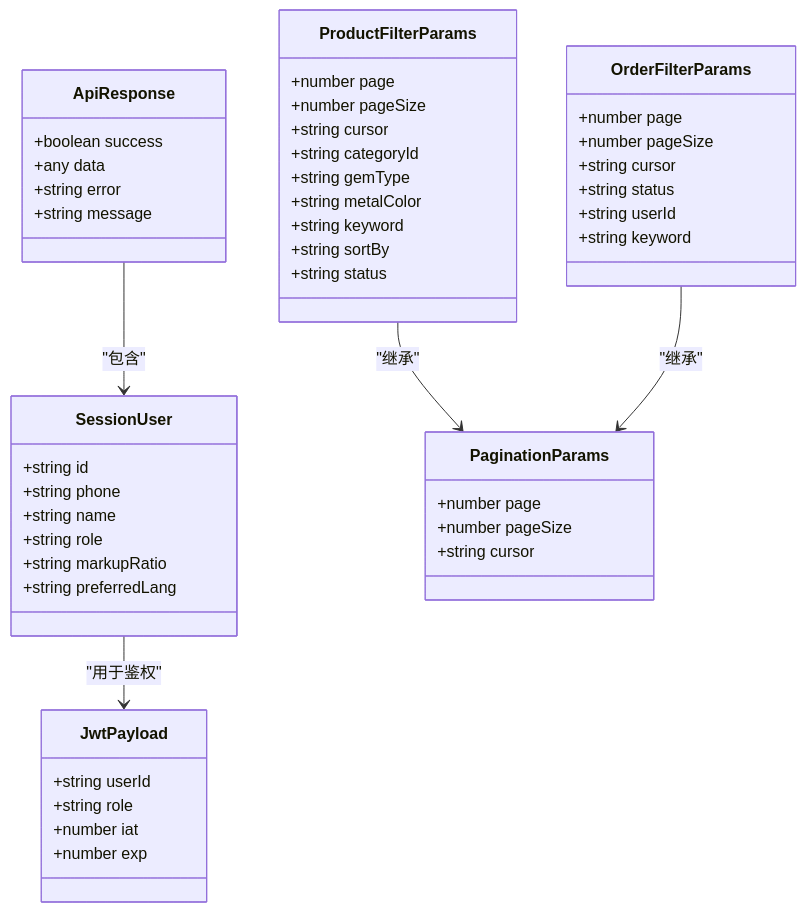
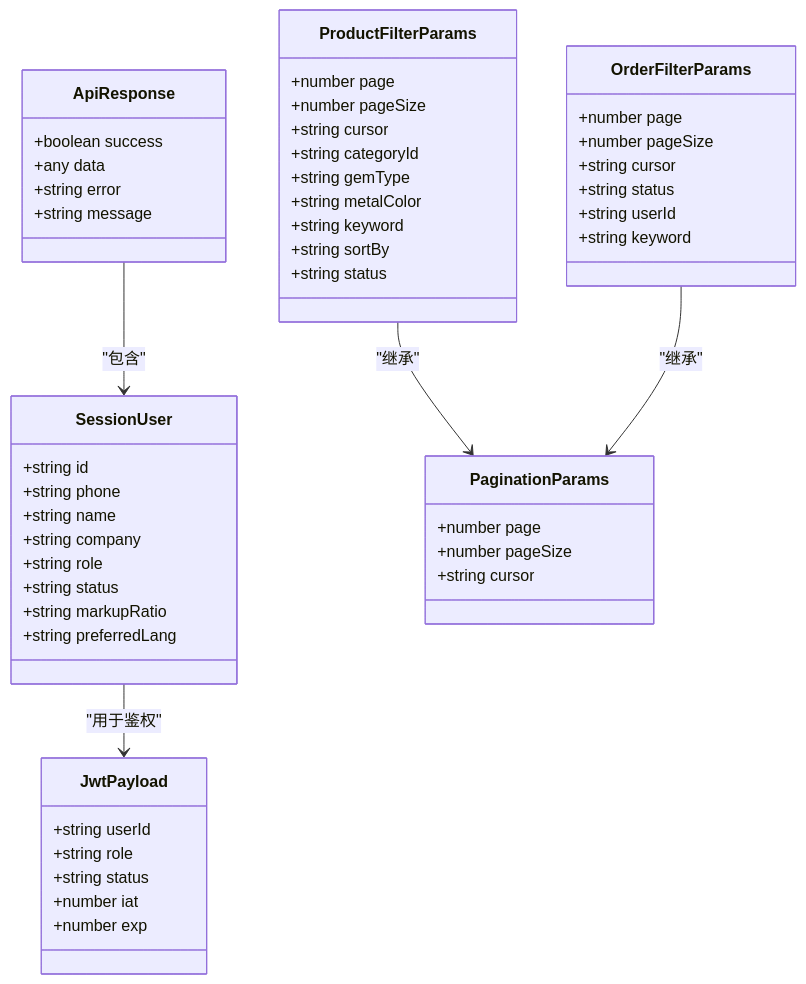
Before and after one commit to three3638-arch/celestia_2b: the fifth of 6 diagrams in .qoder/repowiki/zh/content/API接口文档/API接口文档.md, drawn with Mermaid. The commit also changed other lines of this file and 17 other files, not shown here.

````diff
--- a/.qoder/repowiki/zh/content/API接口文档/API接口文档.md
+++ b/.qoder/repowiki/zh/content/API接口文档/API接口文档.md
@@ -241,51 +336,54 @@
 ```mermaid
 classDiagram
 class ApiResponse {
 +boolean success
 +any data
 +string error
 +string message
 }
 class SessionUser {
 +string id
 +string phone
 +string name
++string company
 +string role
++string status
 +string markupRatio
 +string preferredLang
 }
 class JwtPayload {
 +string userId
 +string role
++string status
 +number iat
 +number exp
 }
 class PaginationParams {
 +number page
 +number pageSize
 +string cursor
 }
 class ProductFilterParams {
 +number page
 +number pageSize
 +string cursor
 +string categoryId
 +string gemType
 +string metalColor
 +string keyword
 +string sortBy
 +string status
 }
 class OrderFilterParams {
 +number page
 +number pageSize
 +string cursor
 +string status
 +string userId
 +string keyword
 }
 ApiResponse --> SessionUser : "包含"
 SessionUser --> JwtPayload : "用于鉴权"
 ProductFilterParams --> PaginationParams : "继承"
 OrderFilterParams --> PaginationParams : "继承"
 ```
````
